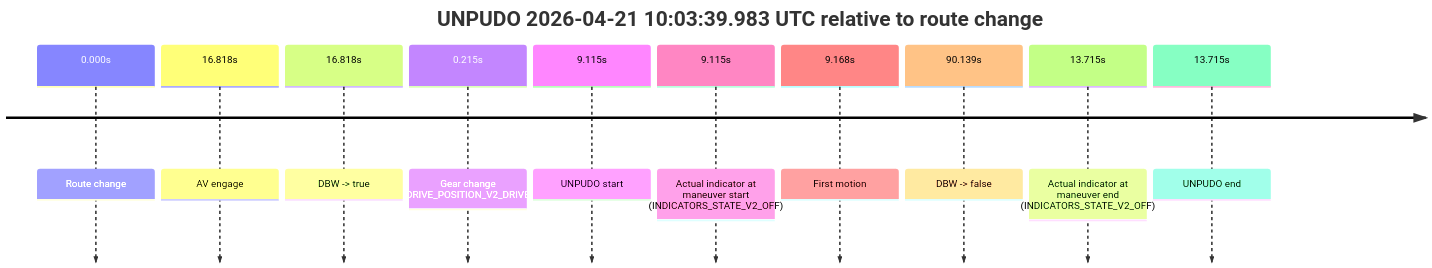
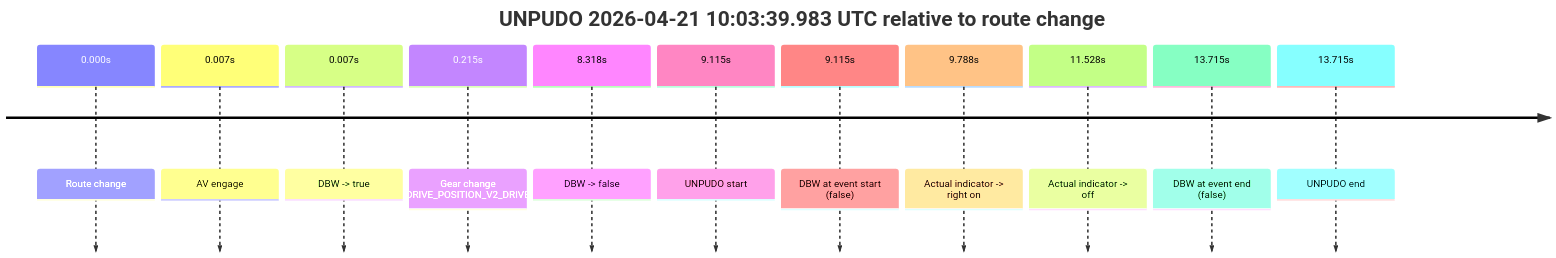
The diagram in model_analysis/report_cards/2026/04/Week-4/fme20030--2026-04-21--09-59-27--gen2-av-62c0d314-d910-493d-9c8d-e02454ae6679.md (yoelshapiro/vault), drawn with Mermaid before and after one commit. The commit also changed other lines of this file and 85 other files, not shown here.

````diff
--- a/model_analysis/report_cards/2026/04/Week-4/fme20030--2026-04-21--09-59-27--gen2-av-62c0d314-d910-493d-9c8d-e02454ae6679.md
+++ b/model_analysis/report_cards/2026/04/Week-4/fme20030--2026-04-21--09-59-27--gen2-av-62c0d314-d910-493d-9c8d-e02454ae6679.md
@@ -43,14 +44,15 @@
 ```mermaid
 timeline
     title UNPUDO 2026-04-21 10:03:39.983 UTC relative to route change
     0.000s : Route change
-    16.818s : AV engage
-    16.818s : DBW -> true
+    0.007s : AV engage
+    0.007s : DBW -> true
     0.215s : Gear change (DRIVE_POSITION_V2_DRIVE)
+    8.318s : DBW -> false
     9.115s : UNPUDO start
-    9.115s : Actual indicator at maneuver start (INDICATORS_STATE_V2_OFF)
-    9.168s : First motion
-    90.139s : DBW -> false
-    13.715s : Actual indicator at maneuver end (INDICATORS_STATE_V2_OFF)
+    9.115s : DBW at event start (false)
+    9.788s : Actual indicator -> right on
+    11.528s : Actual indicator -> off
+    13.715s : DBW at event end (false)
     13.715s : UNPUDO end
 ```
````
